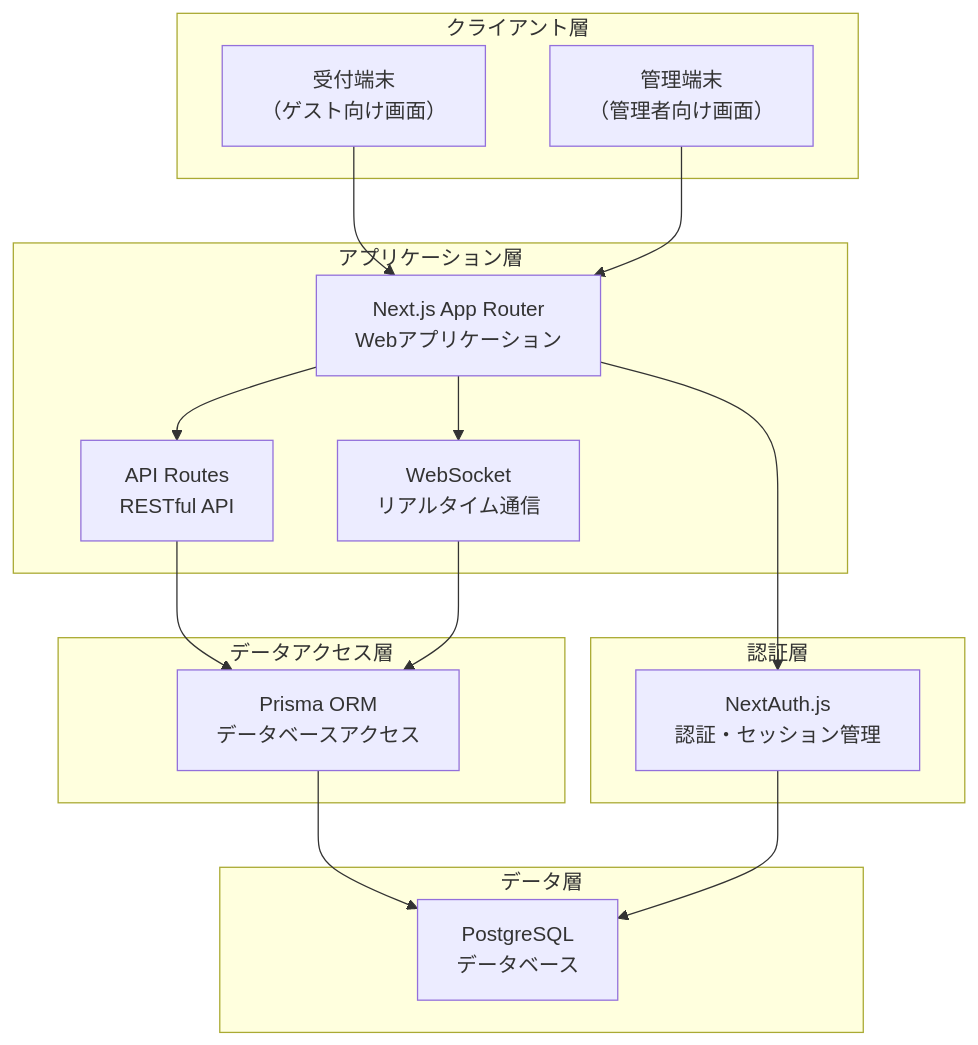
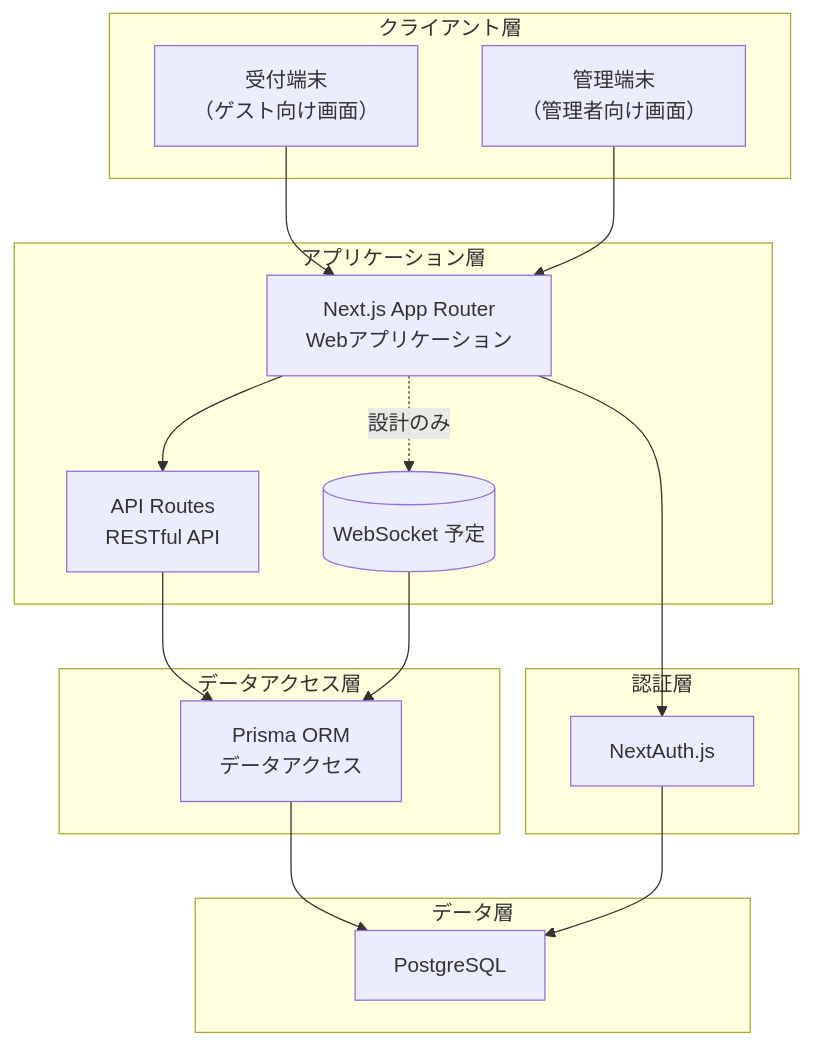
The first of 4 diagrams in docs/ARCHITECTURE.md (SetozakiLab/tecnova-checkin-system), drawn with Mermaid before and after one commit. The commit also changed other lines of this file and 4 other files, not shown here.

````diff
--- a/docs/ARCHITECTURE.md
+++ b/docs/ARCHITECTURE.md
@@ -11,35 +11,35 @@
 ```mermaid
 graph TD
     subgraph "クライアント層"
         A[受付端末<br/>（ゲスト向け画面）]
         B[管理端末<br/>（管理者向け画面）]
     end
 
     subgraph "アプリケーション層"
         C[Next.js App Router<br/>Webアプリケーション]
         D[API Routes<br/>RESTful API]
-        E[WebSocket<br/>リアルタイム通信]
+        E[(WebSocket 予定)]
     end
 
     subgraph "データアクセス層"
-        F[Prisma ORM<br/>データベースアクセス]
+        F[Prisma ORM<br/>データアクセス]
     end
 
     subgraph "データ層"
-        G[PostgreSQL<br/>データベース]
+        G[PostgreSQL]
     end
 
     subgraph "認証層"
-        H[NextAuth.js<br/>認証・セッション管理]
+        H[NextAuth.js]
     end
 
     A --> C
     B --> C
     C --> D
-    C --> E
+    C -. 設計のみ .-> E
     D --> F
     E --> F
     F --> G
     C --> H
     H --> G
 ```
````
